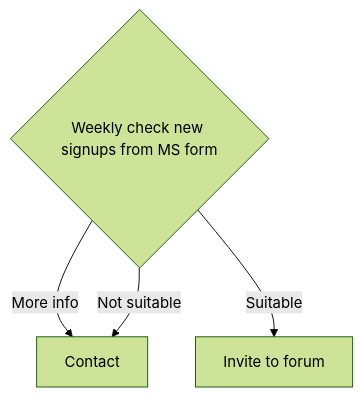
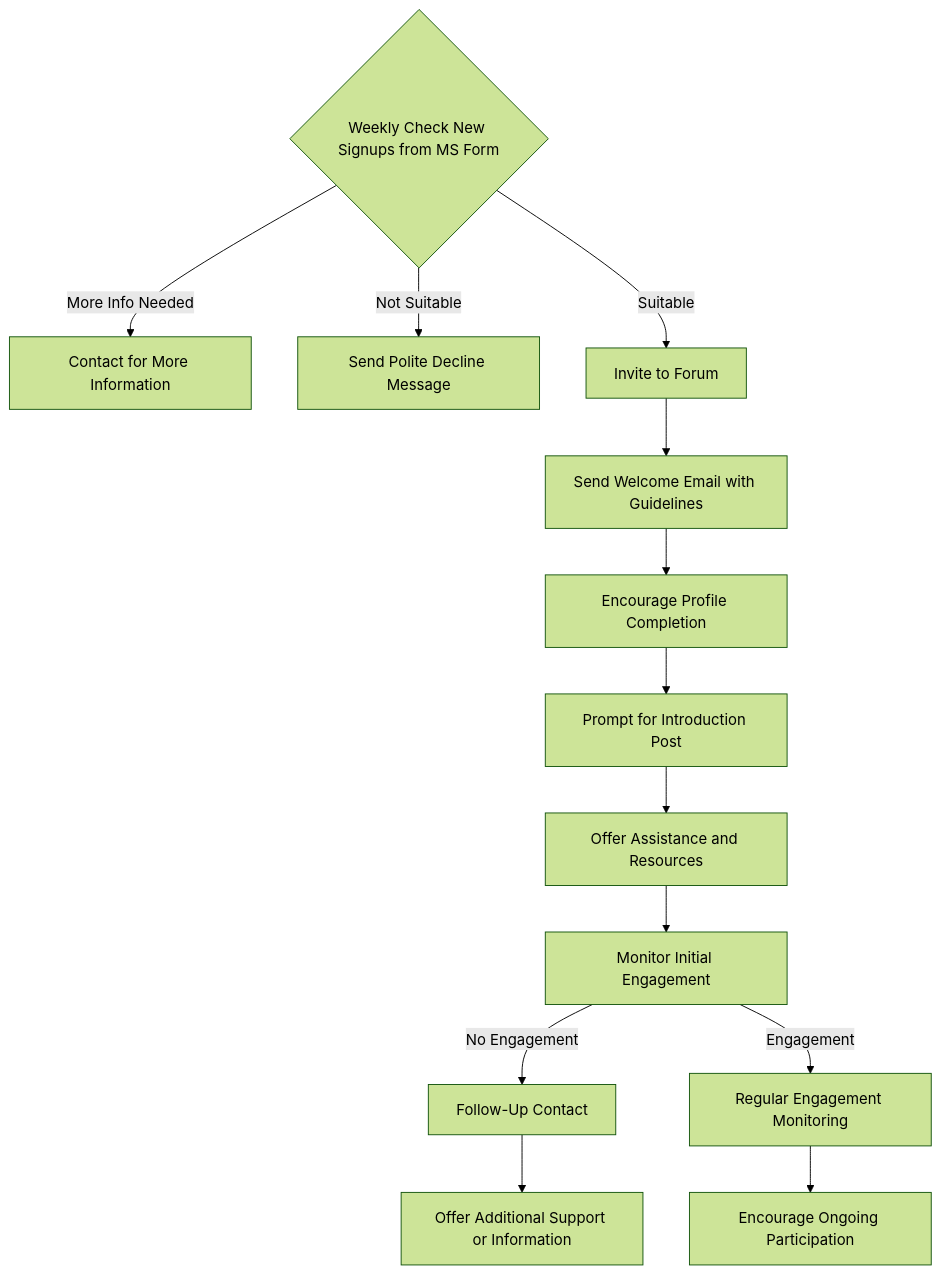
The second of 2 diagrams in ace-n-docs/marketing-materials/workflows.md (AceCentre/ResearchInnovationGp), drawn with Mermaid (forest theme) before and after one commit.

Commit message:
GITBOOK-116: change request with no subject merged in GitBook

````diff
--- a/ace-n-docs/marketing-materials/workflows.md
+++ b/ace-n-docs/marketing-materials/workflows.md
@@ -25,9 +25,18 @@
 ```mermaid
 flowchart TD
-    C{Weekly check new signups from MS form}
-    C -->|More info| D[Contact]
-    C -->|Not suitable| D[Contact]
-    C -->|Suitable| F[Invite to forum]
-   
+    C{Weekly Check New Signups from MS Form}
+    C -->|More Info Needed| D[Contact for More Information]
+    C -->|Not Suitable| E[Send Polite Decline Message]
+    C -->|Suitable| F[Invite to Forum]
+    F --> G[Send Welcome Email with Guidelines]
+    G --> H[Encourage Profile Completion]
+    H --> I[Prompt for Introduction Post]
+    I --> J[Offer Assistance and Resources]
+    J --> K[Monitor Initial Engagement]
+    K -->|No Engagement| L[Follow-Up Contact]
+    K -->|Engagement| M[Regular Engagement Monitoring]
+    L --> N[Offer Additional Support or Information]
+    M --> O[Encourage Ongoing Participation]
+
 
 ```
````
